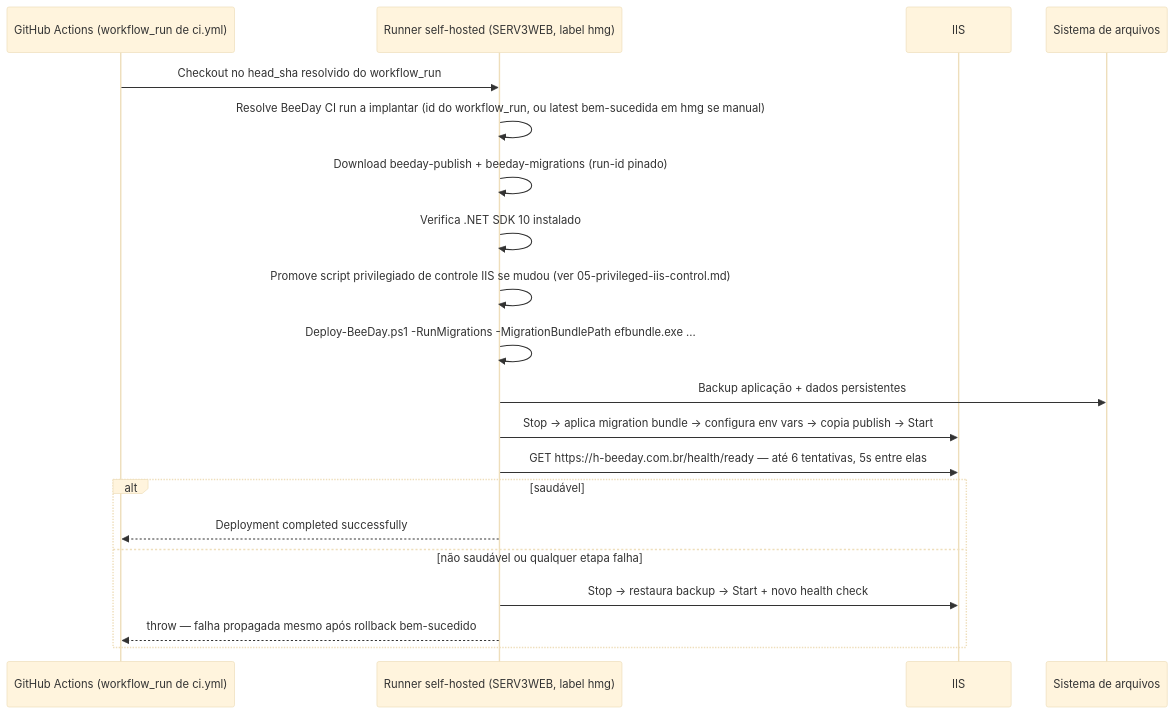
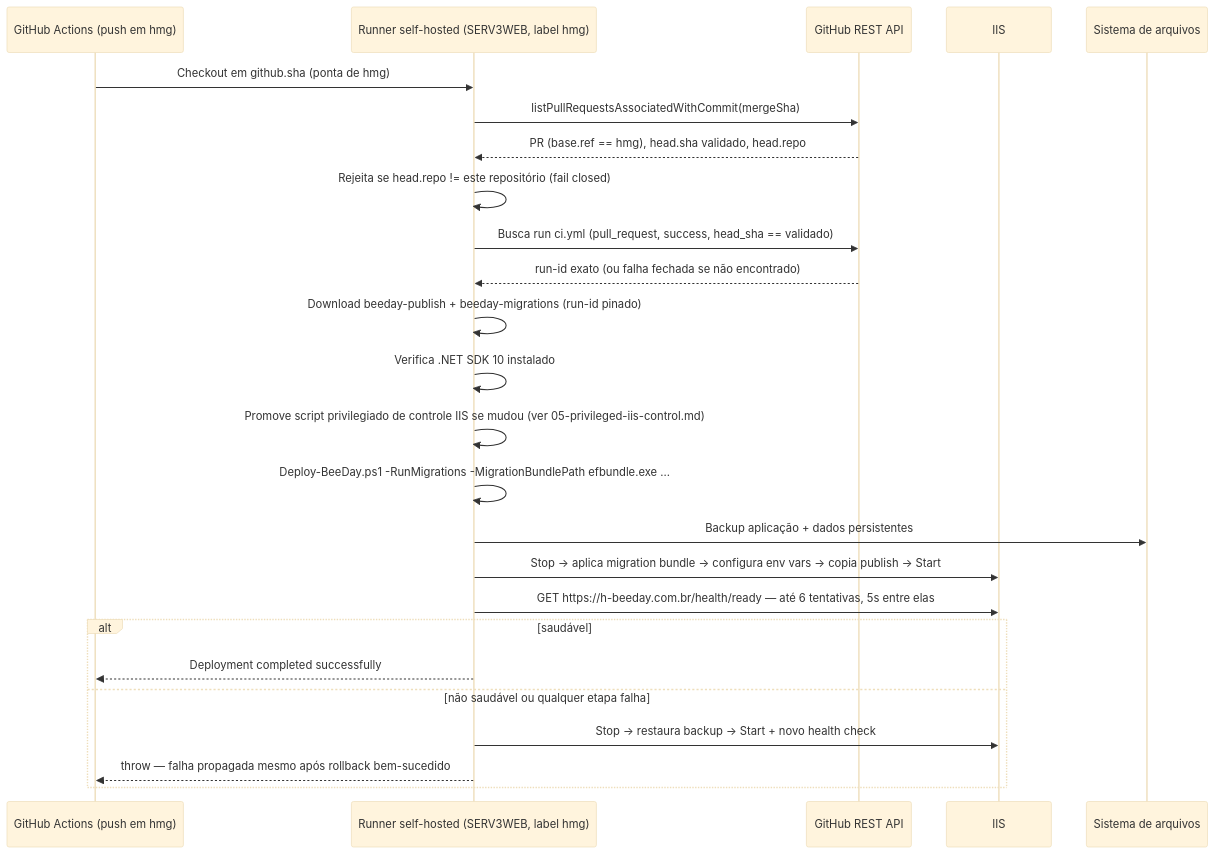
The second of 3 diagrams in docs/deployment/01-deployment.md (DS-Asyst/BeeDay), drawn with Mermaid (base theme) before and after one commit. The commit also changed other lines of this file and 8 other files, not shown here.

First line of the commit message:
ci: eliminate redundant post-merge BeeDay CI run via HMG artifact provenance (Sprint 19.8)

````diff
--- a/docs/deployment/01-deployment.md
+++ b/docs/deployment/01-deployment.md
@@ -76,23 +84,28 @@
 ```mermaid
 sequenceDiagram
-    participant GH as GitHub Actions (workflow_run de ci.yml)
+    participant GH as GitHub Actions (push em hmg)
     participant Runner as Runner self-hosted (SERV3WEB, label hmg)
+    participant API as GitHub REST API
     participant IIS
     participant FS as Sistema de arquivos
 
-    GH->>Runner: Checkout no head_sha resolvido do workflow_run
-    Runner->>Runner: Resolve BeeDay CI run a implantar (id do workflow_run, ou latest bem-sucedida em hmg se manual)
+    GH->>Runner: Checkout em github.sha (ponta de hmg)
+    Runner->>API: listPullRequestsAssociatedWithCommit(mergeSha)
+    API-->>Runner: PR (base.ref == hmg), head.sha validado, head.repo
+    Runner->>Runner: Rejeita se head.repo != este repositório (fail closed)
+    Runner->>API: Busca run ci.yml (pull_request, success, head_sha == validado)
+    API-->>Runner: run-id exato (ou falha fechada se não encontrado)
     Runner->>Runner: Download beeday-publish + beeday-migrations (run-id pinado)
     Runner->>Runner: Verifica .NET SDK 10 instalado
     Runner->>Runner: Promove script privilegiado de controle IIS se mudou (ver 05-privileged-iis-control.md)
     Runner->>Runner: Deploy-BeeDay.ps1 -RunMigrations -MigrationBundlePath efbundle.exe ...
     Runner->>FS: Backup aplicação + dados persistentes
     Runner->>IIS: Stop -> aplica migration bundle -> configura env vars -> copia publish -> Start
     Runner->>IIS: GET https://h-beeday.com.br/health/ready — até 6 tentativas, 5s entre elas
     alt saudável
         Runner-->>GH: Deployment completed successfully
     else não saudável ou qualquer etapa falha
         Runner->>IIS: Stop -> restaura backup -> Start + novo health check
         Runner-->>GH: throw — falha propagada mesmo após rollback bem-sucedido
     end
 ```
````
